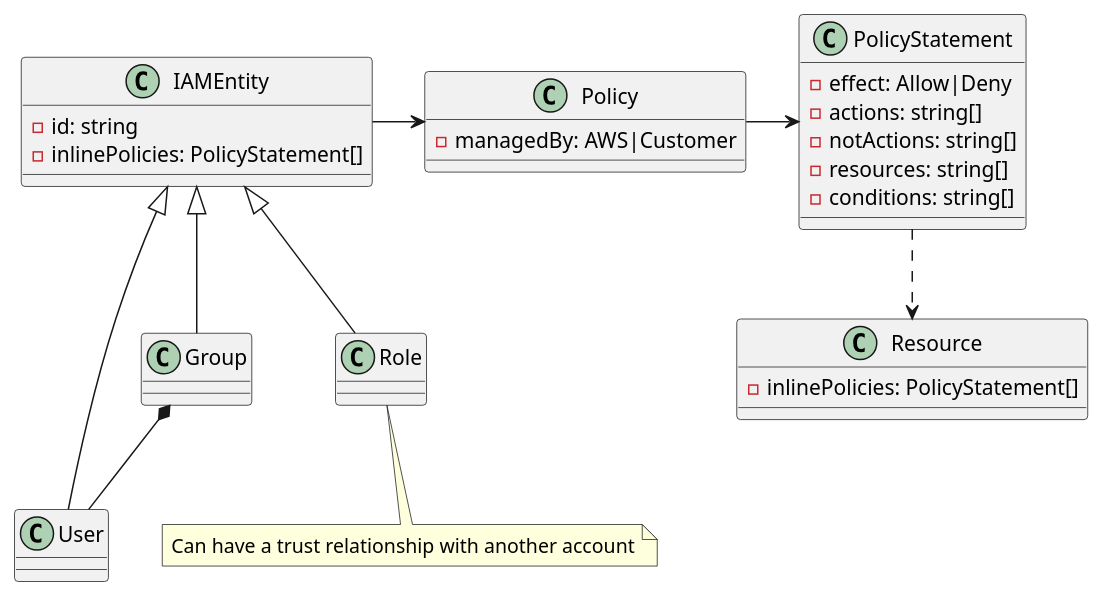
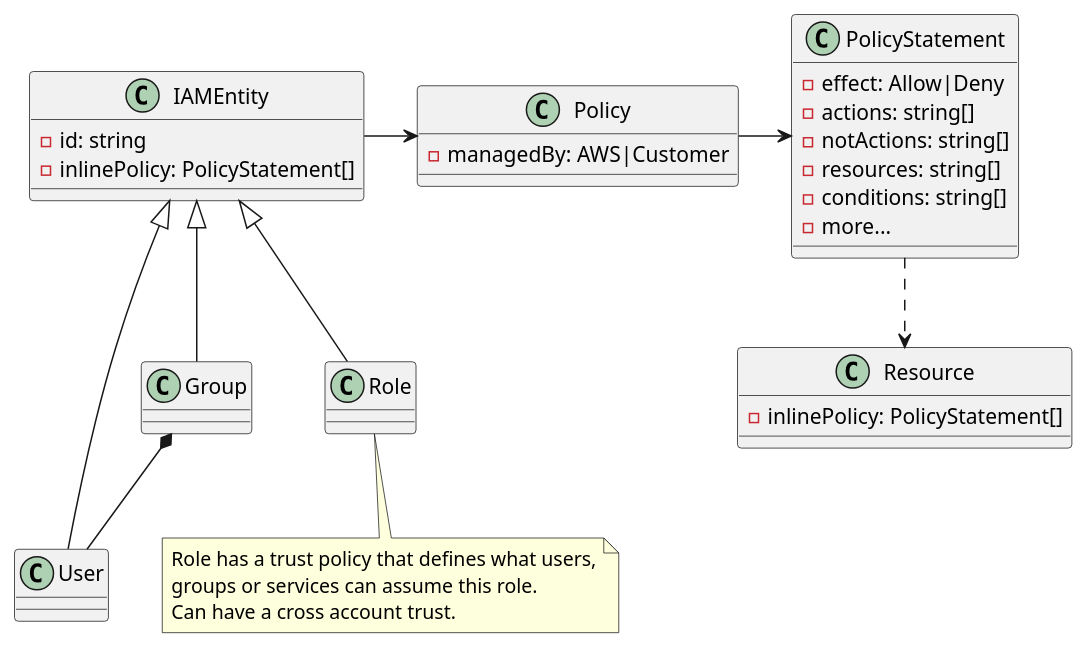
Before and after one commit to someengineering/fixinventory: the diagram in plugins/aws/docs/iam.puml, drawn with PlantUML. The commit also changed 1 other file, not shown here.

```diff
--- a/plugins/aws/docs/iam.puml
+++ b/plugins/aws/docs/iam.puml
@@ -1,37 +1,40 @@
 @startuml
 
 class IAMEntity {
   - id: string
-  - inlinePolicies: PolicyStatement[]
+  - inlinePolicy: PolicyStatement[]
 }
 
 class User
 class Group
 class Role
 note bottom of Role
-  Can have a trust relationship with another account
+  Role has a trust policy that defines what users,
+  groups or services can assume this role.
+  Can have a cross account trust.
 end note
 IAMEntity <|-- Group
 IAMEntity <|-- Role
 IAMEntity <|-- User
 Group *-- User
 
 class Policy {
   - managedBy: AWS|Customer
 }
 class PolicyStatement {
   - effect: Allow|Deny
   - actions: string[]
   - notActions: string[]
   - resources: string[]
   - conditions: string[]
+  - more...
 }
 class Resource {
-  - inlinePolicies: PolicyStatement[]
+  - inlinePolicy: PolicyStatement[]
 }
 Policy -> PolicyStatement
 IAMEntity ->  Policy
 PolicyStatement ..> Resource
 
 
 @enduml
```
